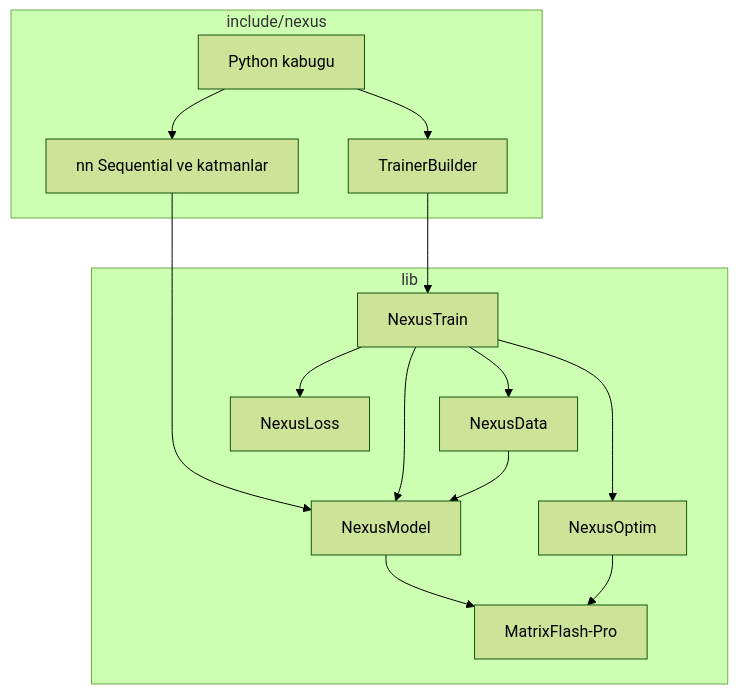
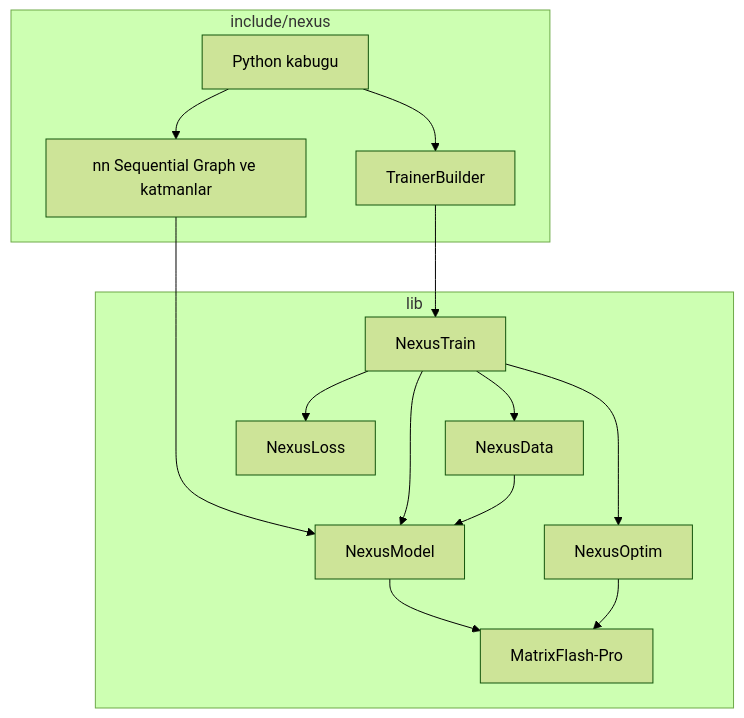
The diagram in README.md (muhamedsahin/Nexus), drawn with Mermaid (forest theme) before and after one commit. The commit also changed other lines of this file and 13 other files, not shown here.

First line of the commit message:
Add a named multi-input graph and shifted token loss.

````diff
--- a/README.md
+++ b/README.md
@@ -18,27 +18,27 @@
 ```mermaid
 flowchart TB
   subgraph facade ["include/nexus"]
-    nn[nn Sequential ve katmanlar]
+    nn[nn Sequential Graph ve katmanlar]
     train[TrainerBuilder]
     py[Python kabugu]
   end
   subgraph engines [lib]
     data[NexusData]
     model[NexusModel]
     loss[NexusLoss]
     optim[NexusOptim]
     trainer[NexusTrain]
     flash[MatrixFlash-Pro]
   end
   py --> nn
   py --> train
   train --> trainer
   nn --> model
   trainer --> model
   trainer --> loss
   trainer --> optim
   trainer --> data
   model --> flash
   optim --> flash
   data --> model
 ```
````
